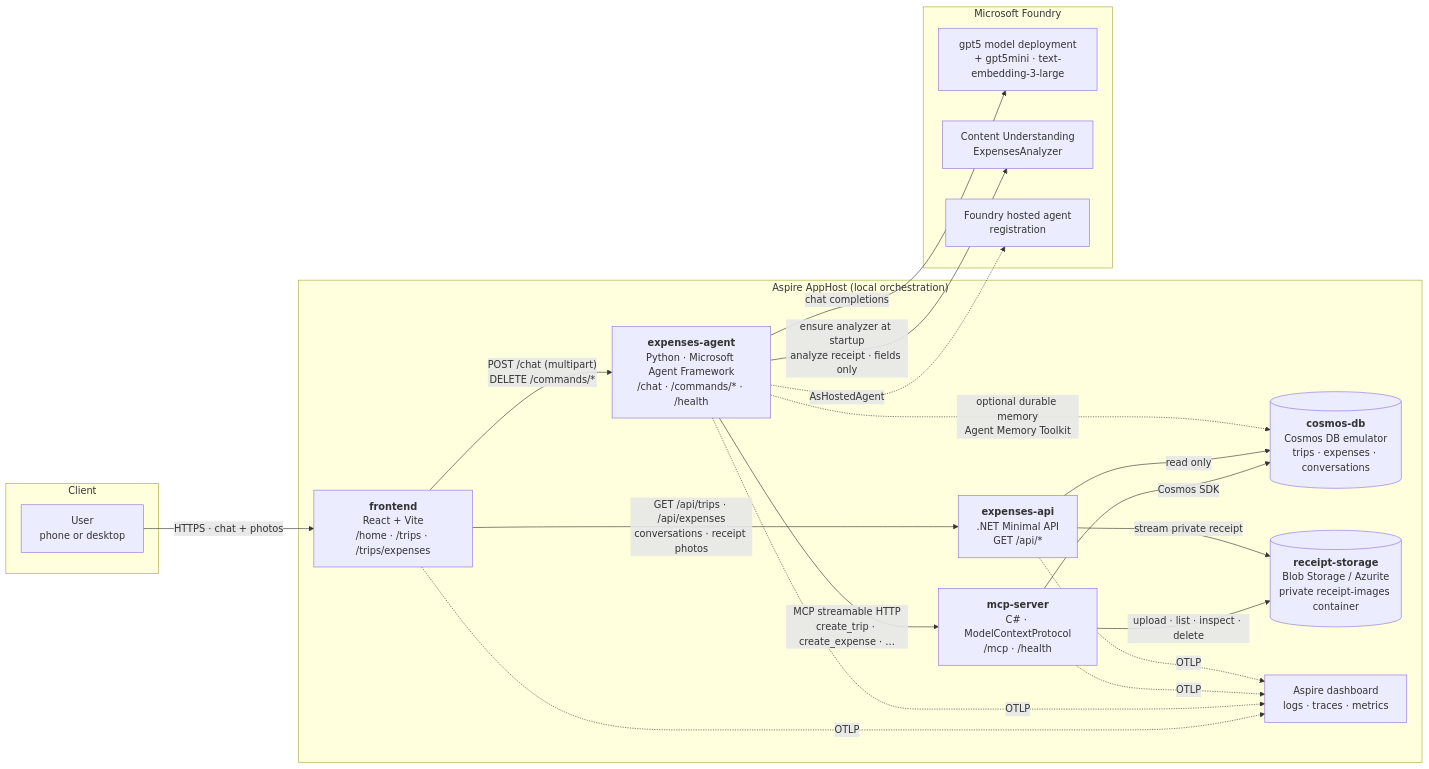
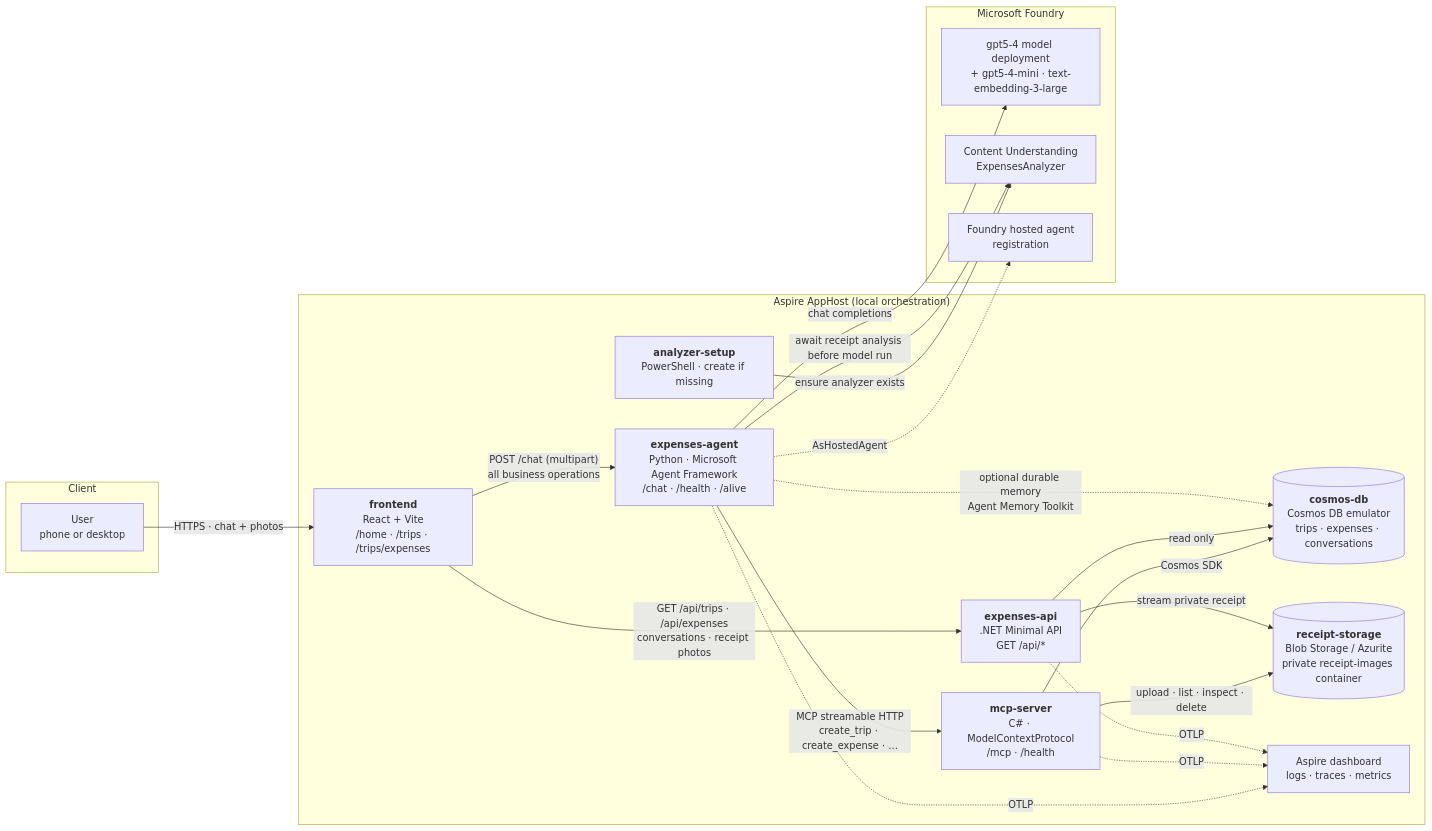
Before and after one commit to sdellalibera/expenses-tool: the first of 2 diagrams in README.md, drawn with Mermaid. The commit also changed other lines of this file and 25 other files, not shown here.

````diff
--- a/README.md
+++ b/README.md
@@ -21,40 +31,41 @@
 ```mermaid
 flowchart LR
     subgraph Client
         U[User<br/>phone or desktop]
     end
 
     subgraph Aspire["Aspire AppHost (local orchestration)"]
         FE["<b>frontend</b><br/>React + Vite<br/>/home · /trips · /trips/expenses"]
-        AG["<b>expenses-agent</b><br/>Python · Microsoft Agent Framework<br/>/chat · /commands/* · /health"]
+        AG["<b>expenses-agent</b><br/>Python · Microsoft Agent Framework<br/>/chat · /health · /alive"]
         API["<b>expenses-api</b><br/>.NET Minimal API<br/>GET /api/*"]
         MCP["<b>mcp-server</b><br/>C# · ModelContextProtocol<br/>/mcp · /health"]
         DB[("<b>cosmos-db</b><br/>Cosmos DB emulator<br/>trips · expenses · conversations")]
         BLOB[("<b>receipt-storage</b><br/>Blob Storage / Azurite<br/>private receipt-images container")]
+        SETUP["<b>analyzer-setup</b><br/>PowerShell · create if missing"]
         DASH["Aspire dashboard<br/>logs · traces · metrics"]
     end
 
     subgraph Azure["Microsoft Foundry"]
-        MODEL["gpt5 model deployment<br/>+ gpt5mini · text-embedding-3-large"]
+        MODEL["gpt5-4 model deployment<br/>+ gpt5-4-mini · text-embedding-3-large"]
         CU["Content Understanding<br/>ExpensesAnalyzer"]
         HOSTED["Foundry hosted agent<br/>registration"]
     end
 
     U -- "HTTPS · chat + photos" --> FE
-    FE -- "POST /chat (multipart)<br/>DELETE /commands/*" --> AG
+    FE -- "POST /chat (multipart)<br/>all business operations" --> AG
     FE -- "GET /api/trips · /api/expenses<br/>conversations · receipt photos" --> API
     AG -- "MCP streamable HTTP<br/>create_trip · create_expense · …" --> MCP
     MCP -- "Cosmos SDK" --> DB
     MCP -- "upload · list · inspect · delete" --> BLOB
     API -- "read only" --> DB
     API -- "stream private receipt" --> BLOB
     AG -. "optional durable memory<br/>Agent Memory Toolkit" .-> DB
     AG -- "chat completions" --> MODEL
-    AG -- "ensure analyzer at startup<br/>analyze receipt · fields only" --> CU
+    SETUP -- "ensure analyzer exists" --> CU
+    AG -- "await receipt analysis before model run" --> CU
     AG -. "AsHostedAgent" .-> HOSTED
 
-    FE -. OTLP .-> DASH
     AG -. OTLP .-> DASH
     MCP -. OTLP .-> DASH
     API -. OTLP .-> DASH
 ```
````
